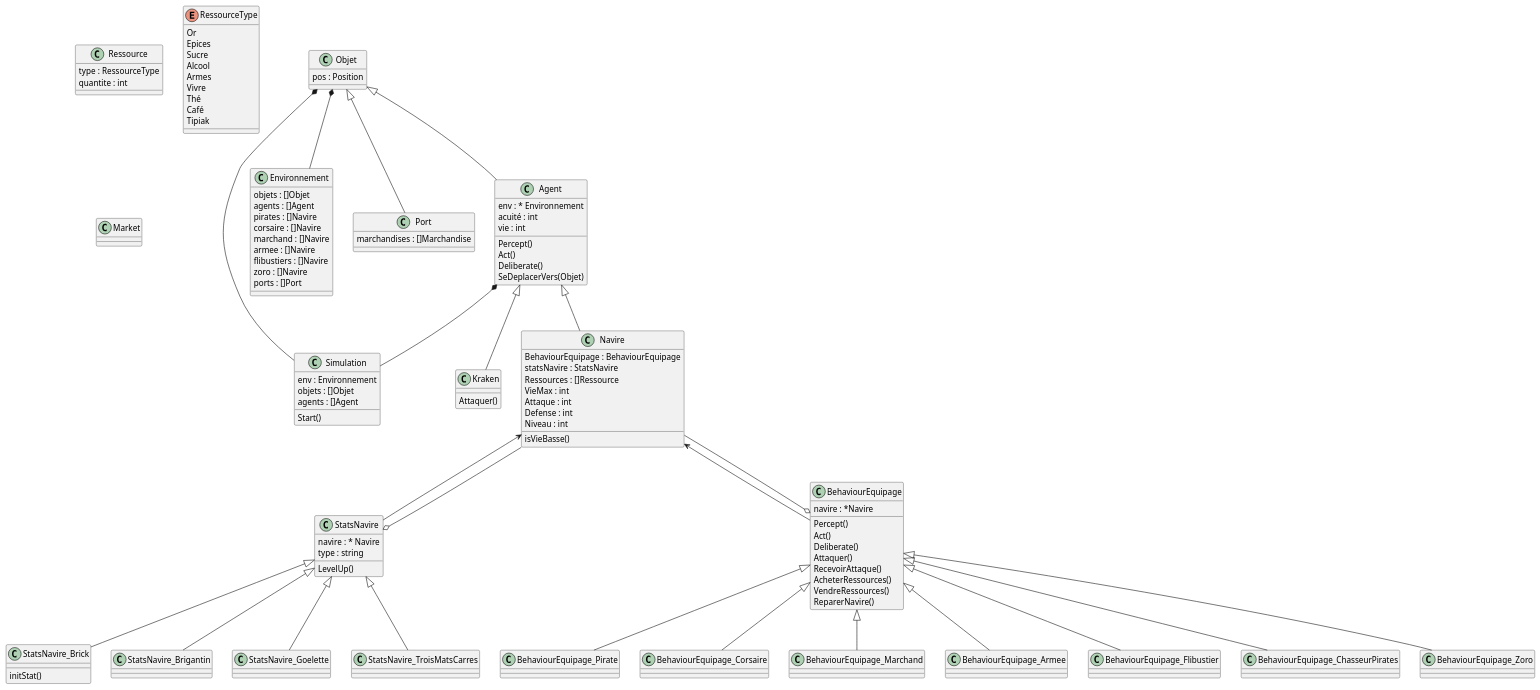
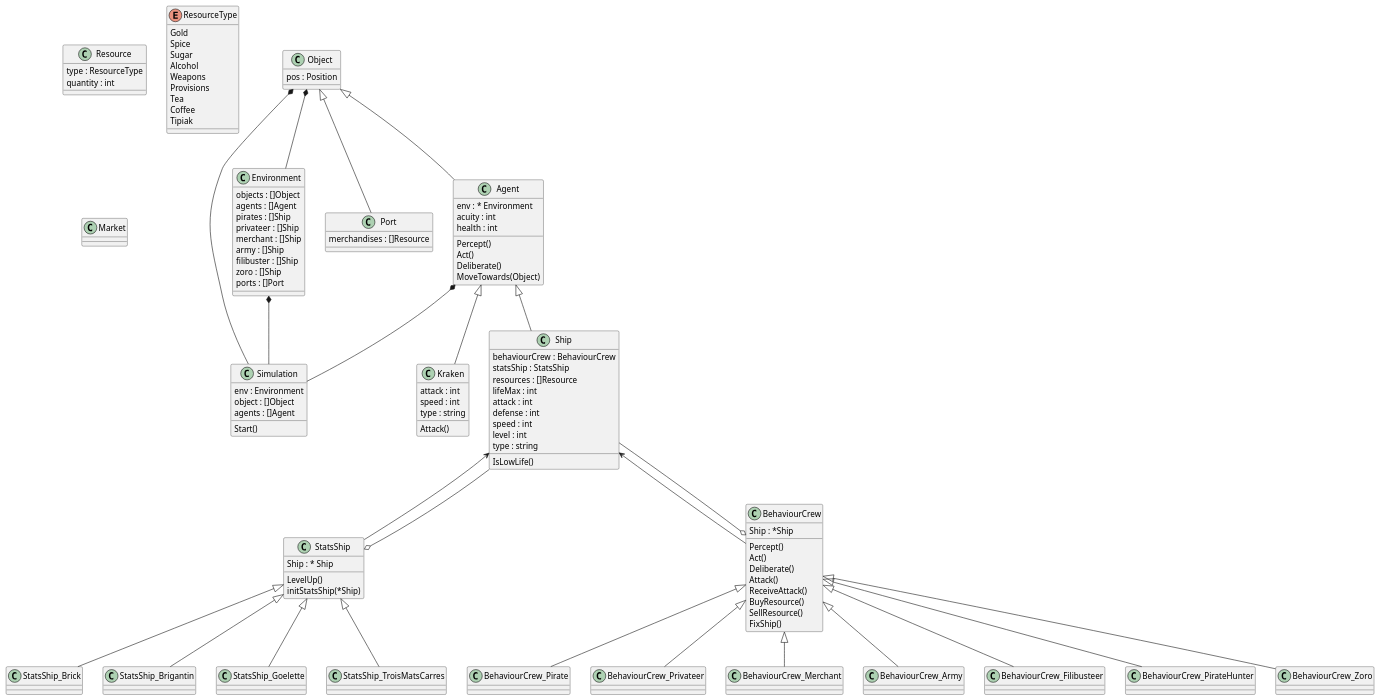
One commit to LLrnz/Pirate-NPC-Behavior-Simulation changed the diagram in simulationPirates.plantuml. Above: the diagram before and after it, drawn with PlantUML.

```diff
--- a/simulationPirates.plantuml
+++ b/simulationPirates.plantuml
@@ -1,167 +1,169 @@
 @startuml ^Simulation Pirates^
 
 class Simulation {
-    env : Environnement
-    objets : []Objet
+    env : Environment
+    object : []Object
     agents : []Agent
 
     Start()
 }
 
-class Environnement {
-    objets : []Objet
+class Environment {
+    objects : []Object
     agents : []Agent
-    pirates : []Navire
-    corsaire : []Navire
-    marchand : []Navire
-    armee : []Navire
-    flibustiers : []Navire
-    zoro : []Navire
+    pirates : []Ship
+    privateer : []Ship
+    merchant : []Ship
+    army : []Ship
+    filibuster : []Ship
+    zoro : []Ship
     ports : []Port
 }
 
-class Objet {
+class Object {
     pos : Position
 }
 
 class Port {
-    marchandises : []Marchandise
+    merchandises : []Resource
 }
 
-class Ressource {
-    type : RessourceType
-    quantite : int
+class Resource {
+    type : ResourceType
+    quantity : int
 }
 
-enum RessourceType {
-    Or
-    Epices
-    Sucre
-    Alcool
-    Armes
-    Vivre
-    Thé
-    Café
+enum ResourceType {
+    Gold
+    Spice
+    Sugar
+    Alcohol
+    Weapons
+    Provisions 
+    Tea
+    Coffee
     Tipiak
 }
 
 class Market {
     
 }
 
 class Agent {
-    env : * Environnement
-    acuité : int
-    vie : int
+    env : * Environment
+    acuity : int
+    health : int
 
     Percept()
     Act()
     Deliberate()
-    SeDeplacerVers(Objet)
+    MoveTowards(Object)
 }
 
 
 class Kraken {
-    
-    Attaquer()
+    attack : int
+    speed : int
+    type : string
+
+    Attack()
 }
 
-class Navire {
-    BehaviourEquipage : BehaviourEquipage
-    statsNavire : StatsNavire
-    Ressources : []Ressource
-    VieMax : int
-    Attaque : int
-    Defense : int
-    Niveau : int
+class Ship {
+    behaviourCrew : BehaviourCrew
+    statsShip : StatsShip
+    resources : []Resource
+    lifeMax : int
+    attack : int
+    defense : int
+    speed : int
+    level : int
+    type : string
 
-    isVieBasse()
+    IsLowLife()
 }
 
-class StatsNavire {
-    navire : * Navire
-    type : string
+class StatsShip {
+    Ship : * Ship
 
     LevelUp()
+    initStatsShip(*Ship)
 }
 
-class StatsNavire_Brick {
-    initStat()
+class StatsShip_Brick {
 }
 
-class StatsNavire_Brigantin {
+class StatsShip_Brigantin {
 }
 
-class StatsNavire_Goelette {
+class StatsShip_Goelette {
 }
 
-class StatsNavire_TroisMatsCarres {
+class StatsShip_TroisMatsCarres {
 }
 
-class BehaviourEquipage {
-    navire : *Navire
+class BehaviourCrew {
+    Ship : *Ship
 
     Percept()
     Act()
     Deliberate()
-    Attaquer()
-    RecevoirAttaque()
-    AcheterRessources()
-    VendreRessources()
-    ReparerNavire()
+    Attack()
+    ReceiveAttack()
+    BuyResource()
+    SellResource()
+    FixShip()
 }
 
-class BehaviourEquipage_Pirate {
+class BehaviourCrew_Pirate {
 }
 
-class BehaviourEquipage_Corsaire {
+class BehaviourCrew_Privateer {
 }
 
-class BehaviourEquipage_Marchand {
+class BehaviourCrew_Merchant {
 }
 
-class BehaviourEquipage_Armee {
+class BehaviourCrew_Army {
 }
 
-class BehaviourEquipage_Flibustier {
+class BehaviourCrew_Filibusteer {
 }
 
-class BehaviourEquipage_ChasseurPirates {
+class BehaviourCrew_PirateHunter {
 }
 
-class BehaviourEquipage_Zoro {
+class BehaviourCrew_Zoro {
 }
 
 
+Environment *-- Simulation
 
-
-
-
-Objet *-- Simulation
-Objet *-- Environnement
-Objet <|-- Agent
-Objet <|-- Port
+Object *-- Simulation
+Object *-- Environment
+Object <|-- Agent
+Object <|-- Port
 
 Agent *-- Simulation
 Agent <|-- Kraken
-Agent <|-- Navire
+Agent <|-- Ship
 
-Navire <-- BehaviourEquipage
-Navire <-- StatsNavire
+Ship <-- BehaviourCrew
+Ship <-- StatsShip
 
-BehaviourEquipage o-- Navire
-BehaviourEquipage <|--  BehaviourEquipage_Armee
-BehaviourEquipage <|--  BehaviourEquipage_ChasseurPirates
-BehaviourEquipage <|--  BehaviourEquipage_Corsaire
-BehaviourEquipage <|--  BehaviourEquipage_Flibustier
-BehaviourEquipage <|--  BehaviourEquipage_Marchand
-BehaviourEquipage <|--  BehaviourEquipage_Pirate
-BehaviourEquipage <|--  BehaviourEquipage_Zoro
+BehaviourCrew o-- Ship
+BehaviourCrew <|--  BehaviourCrew_Army
+BehaviourCrew <|--  BehaviourCrew_PirateHunter
+BehaviourCrew <|--  BehaviourCrew_Privateer
+BehaviourCrew <|--  BehaviourCrew_Filibusteer
+BehaviourCrew <|--  BehaviourCrew_Merchant
+BehaviourCrew <|--  BehaviourCrew_Pirate
+BehaviourCrew <|--  BehaviourCrew_Zoro
 
-StatsNavire o-- Navire
-StatsNavire <|-- StatsNavire_Brick
-StatsNavire <|-- StatsNavire_Brigantin
-StatsNavire <|-- StatsNavire_Goelette
-StatsNavire <|-- StatsNavire_TroisMatsCarres
+StatsShip o-- Ship
+StatsShip <|-- StatsShip_Brick
+StatsShip <|-- StatsShip_Brigantin
+StatsShip <|-- StatsShip_Goelette
+StatsShip <|-- StatsShip_TroisMatsCarres
 
 @enduml
```
